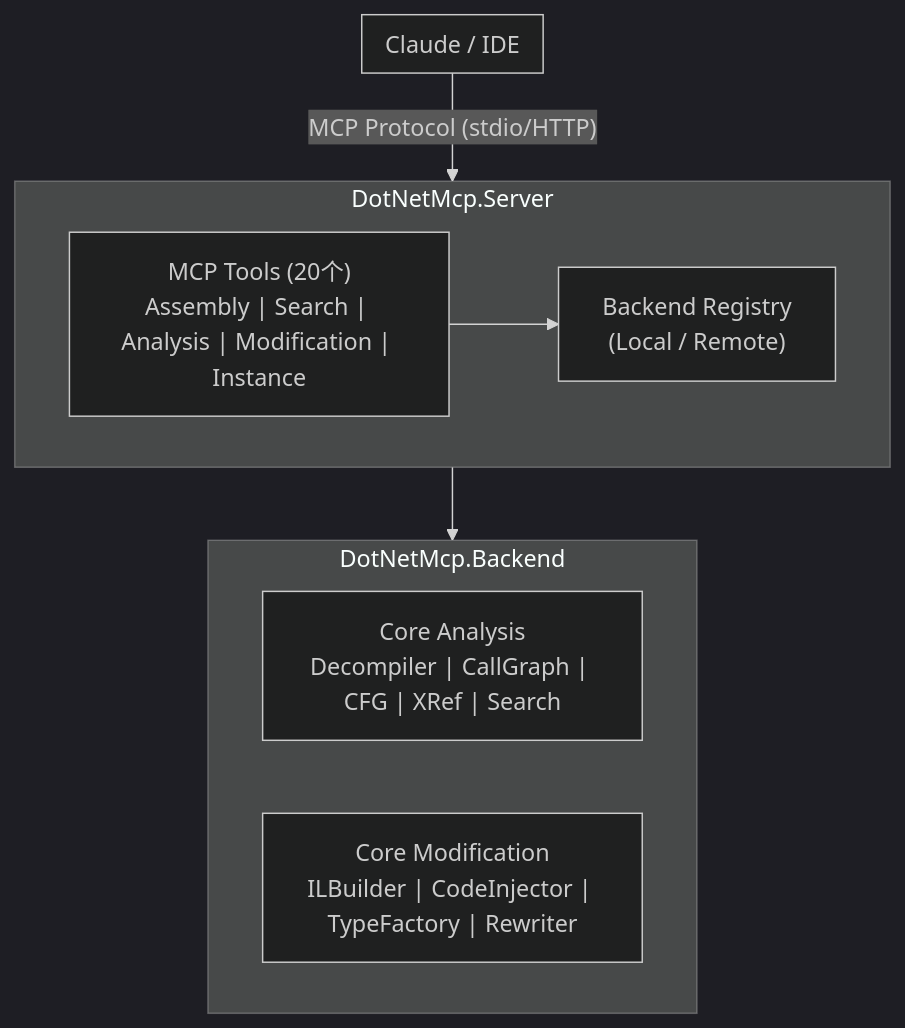
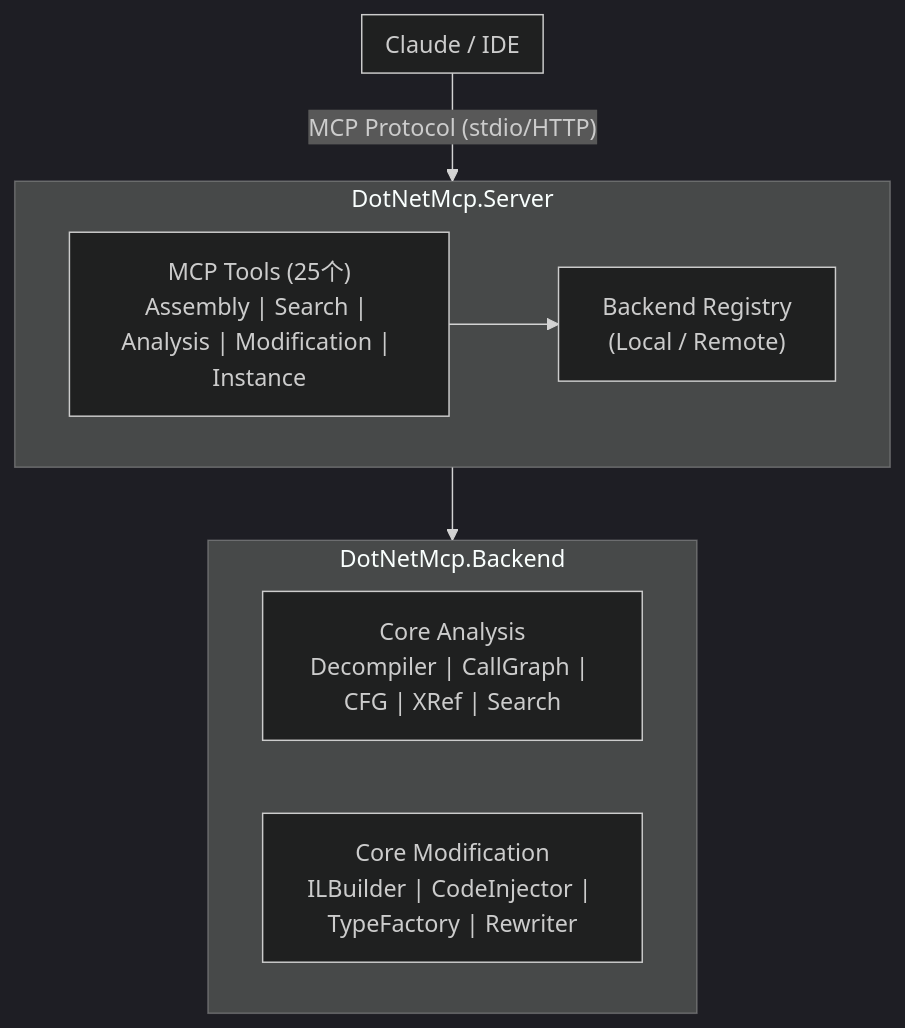
Before and after one commit to xjoker/DotNetMCP: the first of 2 diagrams in README.zh.md, drawn with Mermaid (dark theme). The commit also changed other lines of this file and 4 other files, not shown here.

````diff
--- a/README.zh.md
+++ b/README.zh.md
@@ -27,20 +27,20 @@
 ```mermaid
 flowchart TB
     subgraph Client["Claude / IDE"]
     end
 
     Client -->|"MCP Protocol (stdio/HTTP)"| Server
 
     subgraph Server["DotNetMcp.Server"]
-        Tools["MCP Tools (20个)<br/>Assembly | Search | Analysis | Modification | Instance"]
+        Tools["MCP Tools (25个)<br/>Assembly | Search | Analysis | Modification | Instance"]
         Registry["Backend Registry<br/>(Local / Remote)"]
         Tools --> Registry
     end
 
     Server --> Backend
 
     subgraph Backend["DotNetMcp.Backend"]
         Analysis["Core Analysis<br/>Decompiler | CallGraph | CFG | XRef | Search"]
         Modification["Core Modification<br/>ILBuilder | CodeInjector | TypeFactory | Rewriter"]
     end
 ```
````
